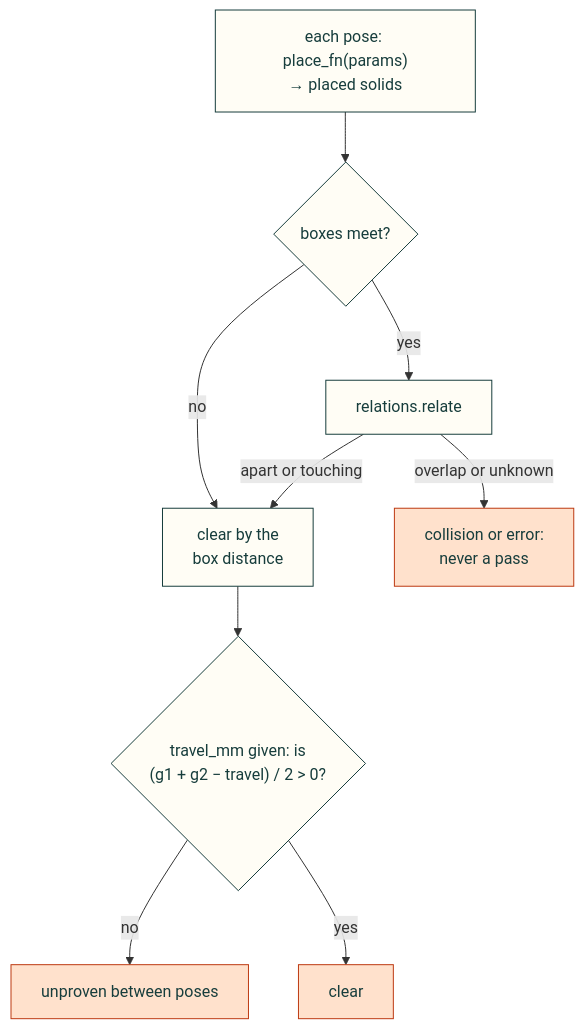
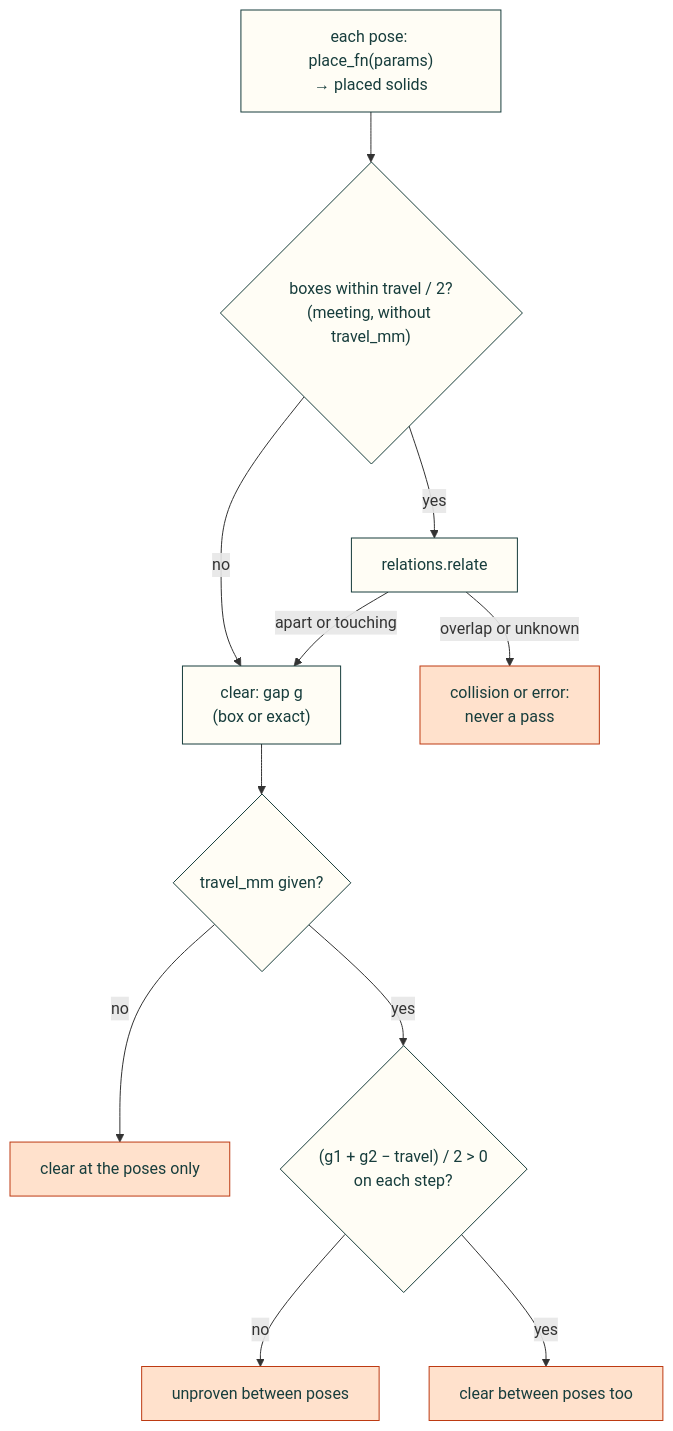
Before and after one commit to Valpatel/cad-agent: the seventh of 9 diagrams in docs/toolkit.md, drawn with Mermaid. The commit also changed other lines of this file and 3 other files, not shown here.

````diff
--- a/docs/toolkit.md
+++ b/docs/toolkit.md
@@ -610,15 +610,17 @@
 ```mermaid
 flowchart TD
-    P["each pose: place_fn(params)<br/>→ placed solids"] --> B{"boxes meet?"}
-    B -->|"no"| G["clear by the<br/>box distance"]
+    P["each pose: place_fn(params)<br/>→ placed solids"] --> B{"boxes within travel / 2?<br/>(meeting, without travel_mm)"}
+    B -->|"no"| G["clear: gap g<br/>(box or exact)"]
     B -->|"yes"| R["relations.relate"]
     R -->|"apart or touching"| G
     R -->|"overlap or unknown"| H["collision or error:<br/>never a pass"]
-    G --> T{"travel_mm given: is<br/>(g1 + g2 − travel) / 2 > 0?"}
-    T -->|"no"| U["unproven between poses"]
-    T -->|"yes"| OK["clear"]
+    G --> T{"travel_mm given?"}
+    T -->|"no"| S["clear at the poses only"]
+    T -->|"yes"| T2{"(g1 + g2 − travel) / 2 > 0<br/>on each step?"}
+    T2 -->|"no"| U["unproven between poses"]
+    T2 -->|"yes"| OK["clear between poses too"]
     classDef here fill:#fffdf5,stroke:#173d3c,color:#173d3c
     classDef out fill:#ffe1cc,stroke:#bd3a12,color:#173d3c
-    class P,B,R,G,T here
-    class H,U,OK out
+    class P,B,R,G,T,T2 here
+    class H,S,U,OK out
 ```
````
